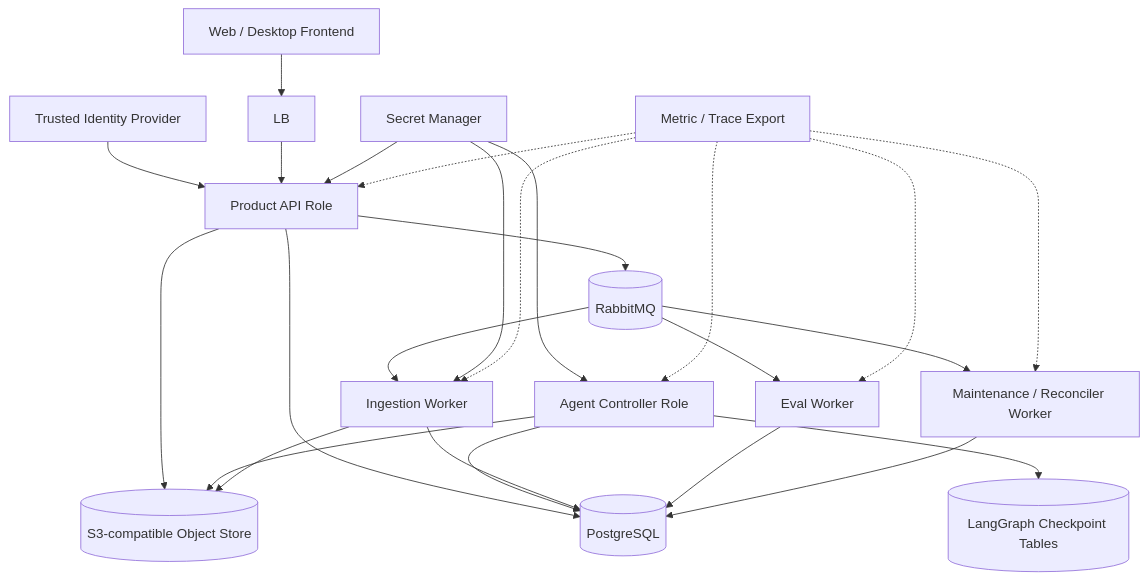
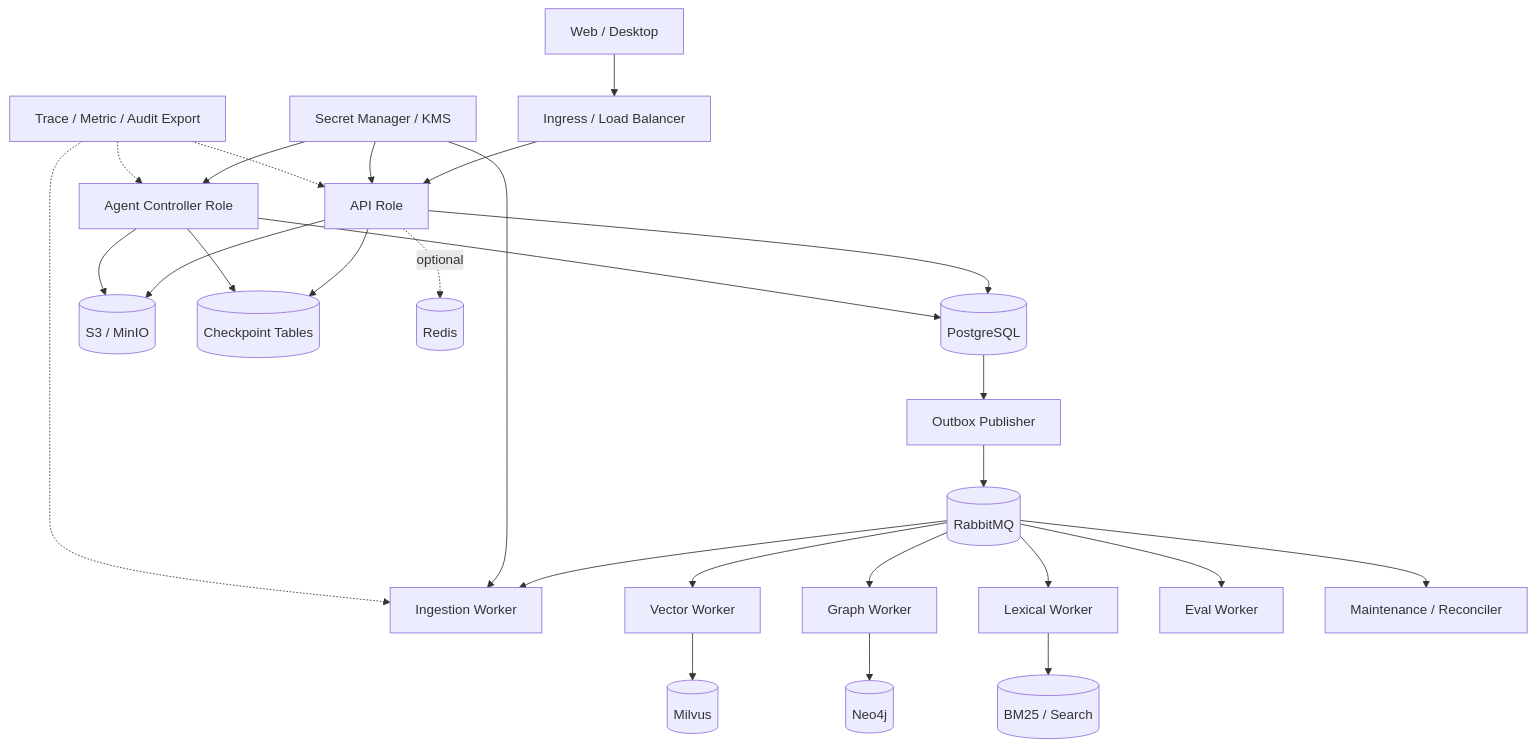
The third of 3 diagrams in .agent/modules/11-infrastructure.md (ProfessorZhi/Zuno), drawn with Mermaid before and after one commit. The commit also changed other lines of this file and 10 other files, not shown here.

Commit message:
docs: consolidate Infrastructure target architecture

````diff
--- a/.agent/modules/11-infrastructure.md
+++ b/.agent/modules/11-infrastructure.md
@@ -281,23 +329,33 @@
 ```mermaid
 flowchart TB
-  Frontend[Web / Desktop Frontend] --> LB
-  IdP[Trusted Identity Provider] --> API
-  LB --> API[Product API Role]
+  Frontend[Web / Desktop] --> LB[Ingress / Load Balancer]
+  LB --> API[API Role]
   API --> PG[(PostgreSQL)]
-  API --> OBJ[(S3-compatible Object Store)]
-  API --> MQ[(RabbitMQ)]
+  API --> OBJ[(S3 / MinIO)]
+  API --> CP[(Checkpoint Tables)]
+
   Controller[Agent Controller Role] --> PG
-  Controller --> CP[(LangGraph Checkpoint Tables)]
+  Controller --> CP
   Controller --> OBJ
+
+  PG --> Outbox[Outbox Publisher]
+  Outbox --> MQ[(RabbitMQ)]
   MQ --> Ingest[Ingestion Worker]
+  MQ --> Vector[Vector Worker]
+  MQ --> Graph[Graph Worker]
+  MQ --> Lexical[Lexical Worker]
   MQ --> Eval[Eval Worker]
-  MQ --> Maint[Maintenance / Reconciler Worker]
-  Ingest --> PG
-  Ingest --> OBJ
-  Eval --> PG
-  Maint --> PG
-  Secrets[Secret Manager] --> API
-  Secrets --> Controller
-  Secrets --> Ingest
-  Telemetry[Metric / Trace Export] -.-> API & Controller & Ingest & Eval & Maint
+  MQ --> Maint[Maintenance / Reconciler]
+
+  Vector --> VEC[(Milvus)]
+  Graph --> NEO[(Neo4j)]
+  Lexical --> SEARCH[(BM25 / Search)]
+  API -. optional .-> REDIS[(Redis)]
+
+  Secret[Secret Manager / KMS] --> API
+  Secret --> Controller
+  Secret --> Ingest
+  Telemetry[Trace / Metric / Audit Export] -.-> API
+  Telemetry -.-> Controller
+  Telemetry -.-> Ingest
 ```
````
